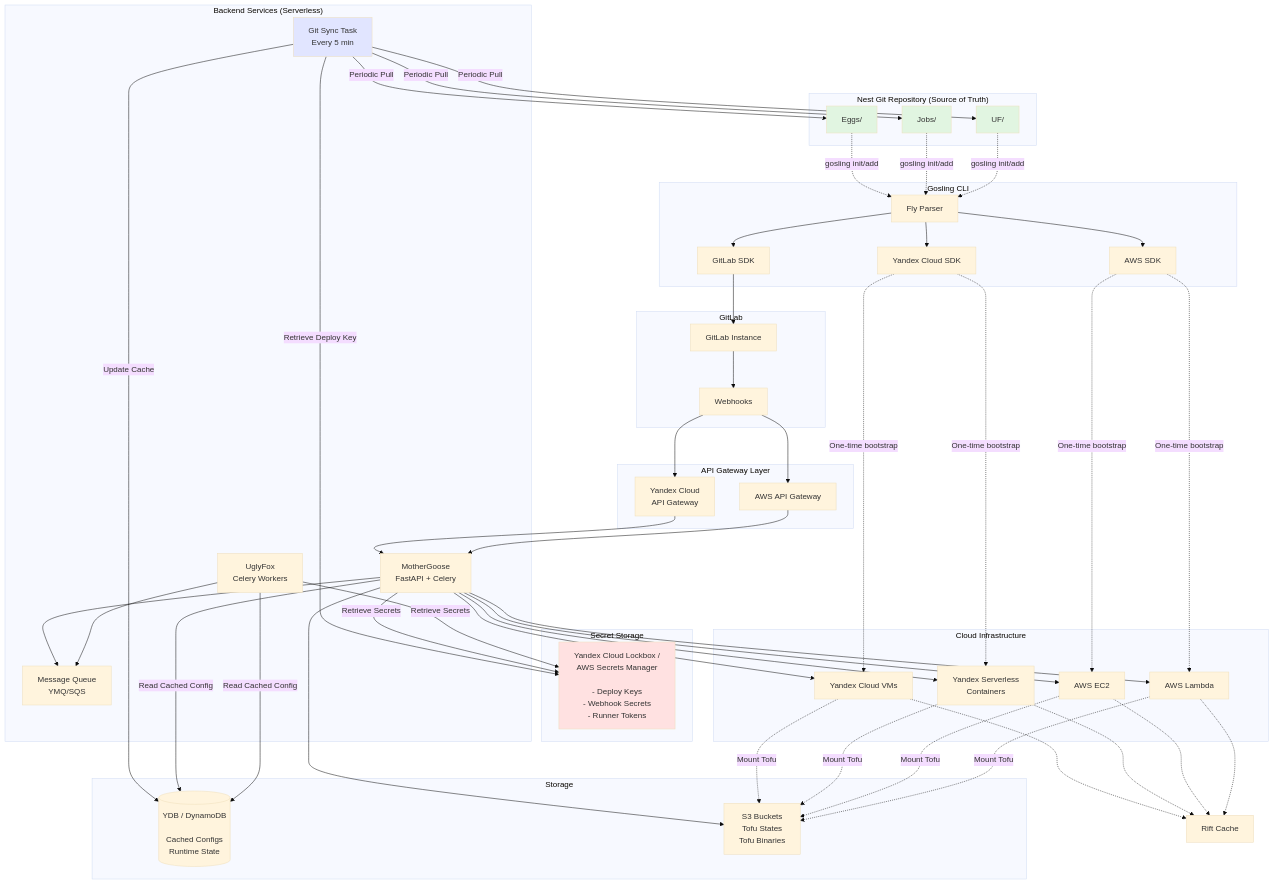
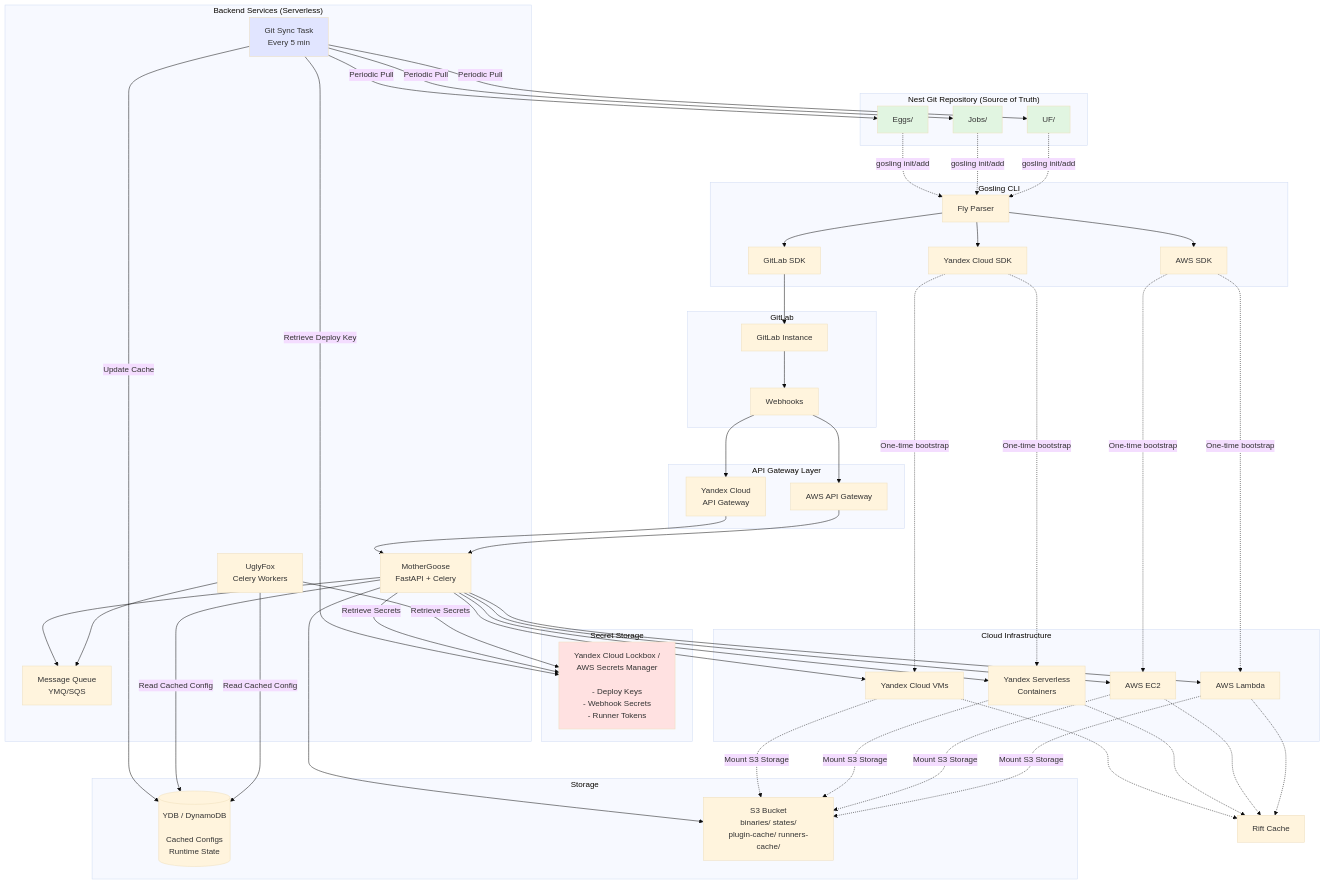
One commit to Polar-Team/Polar-Gosling changed the third of 4 diagrams in .kiro/specs/gitops-runner-orchestration/design.md. Above: the diagram before and after it, drawn with Mermaid (base theme). The commit also changed other lines of this file and 4 other files, not shown here.

First line of the commit message:
feat(specs): unify S3 storage into single bucket with folder prefixes and add UglyFox docs image

```diff
--- a/.kiro/specs/gitops-runner-orchestration/design.md
+++ b/.kiro/specs/gitops-runner-orchestration/design.md
@@ -565,7 +565,7 @@
     
     subgraph "Storage"
         YDB[(YDB / DynamoDB<br/><br/>Cached Configs<br/>Runtime State)]
-        S3[S3 Buckets<br/>Tofu States<br/>Tofu Binaries]
+        S3[S3 Bucket<br/>binaries/ states/<br/>plugin-cache/ runners-cache/]
     end
     
     subgraph "Cloud Infrastructure"
@@ -623,10 +623,10 @@
     MG --> AWS_EC2
     MG --> AWS_Lambda
     
-    YC_VM -.Mount Tofu.-> S3
-    YC_SC -.Mount Tofu.-> S3
-    AWS_EC2 -.Mount Tofu.-> S3
-    AWS_Lambda -.Mount Tofu.-> S3
+    YC_VM -.Mount S3 Storage.-> S3
+    YC_SC -.Mount S3 Storage.-> S3
+    AWS_EC2 -.Mount S3 Storage.-> S3
+    AWS_Lambda -.Mount S3 Storage.-> S3
     
     YC_VM -.-> Rift[Rift Cache]
     YC_SC -.-> Rift
```
